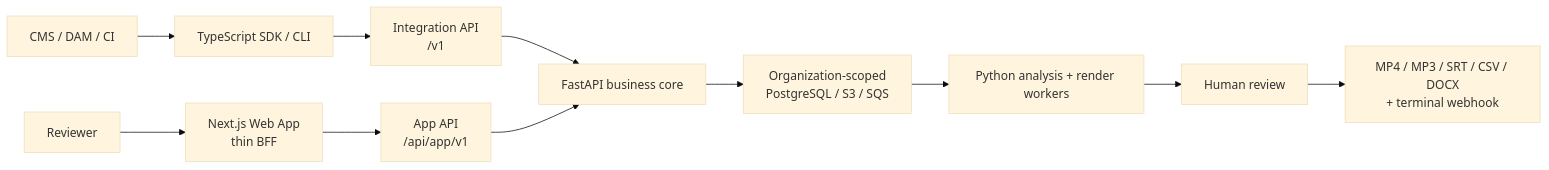
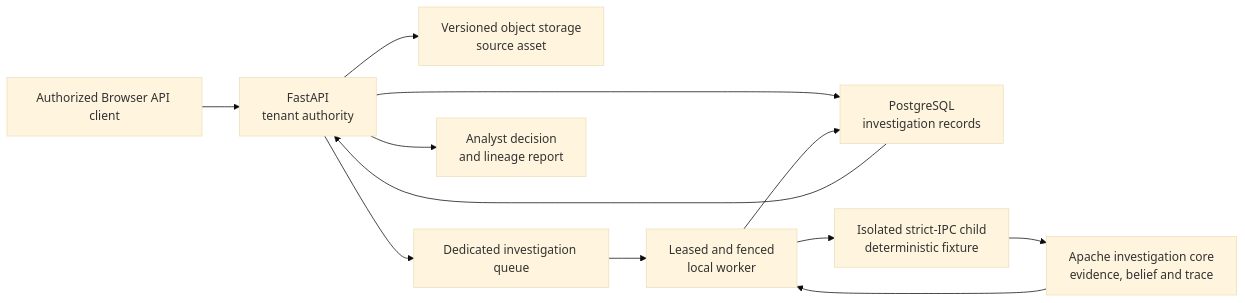
One commit to AndriiArtemenko3/instadescribe changed the diagram in README.md. Above: the diagram before and after it, drawn with Mermaid (base theme). The commit also changed other lines of this file and 11 other files, not shown here.

````diff
--- a/README.md
+++ b/README.md
@@ -35,13 +48,14 @@
 ```mermaid
 flowchart LR
-    EXT["CMS / DAM / CI"] --> CLIENTS["TypeScript SDK / CLI"]
-    CLIENTS --> INT["Integration API<br/>/v1"]
-    USER["Reviewer"] --> WEB["Next.js Web App<br/>thin BFF"]
-    WEB --> APP["App API<br/>/api/app/v1"]
-    INT --> CORE["FastAPI business core"]
-    APP --> CORE
-    CORE --> DATA["Organization-scoped<br/>PostgreSQL / S3 / SQS"]
-    DATA --> WORKERS["Python analysis + render workers"]
-    WORKERS --> REVIEW["Human review"]
-    REVIEW --> OUT["MP4 / MP3 / SRT / CSV / DOCX<br/>+ terminal webhook"]
+    CLIENT["Authorized Browser API client"] --> API["FastAPI\ntenant authority"]
+    API --> PG["PostgreSQL\ninvestigation records"]
+    API --> S3["Versioned object storage\nsource asset"]
+    API --> Q["Dedicated investigation queue"]
+    Q --> WORKER["Leased and fenced\nlocal worker"]
+    WORKER --> CHILD["Isolated strict-IPC child\ndeterministic fixture"]
+    CHILD --> CORE["Apache investigation core\nevidence, belief and trace"]
+    CORE --> WORKER
+    WORKER --> PG
+    PG --> API
+    API --> REPORT["Analyst decision\nand lineage report"]
 ```
````
